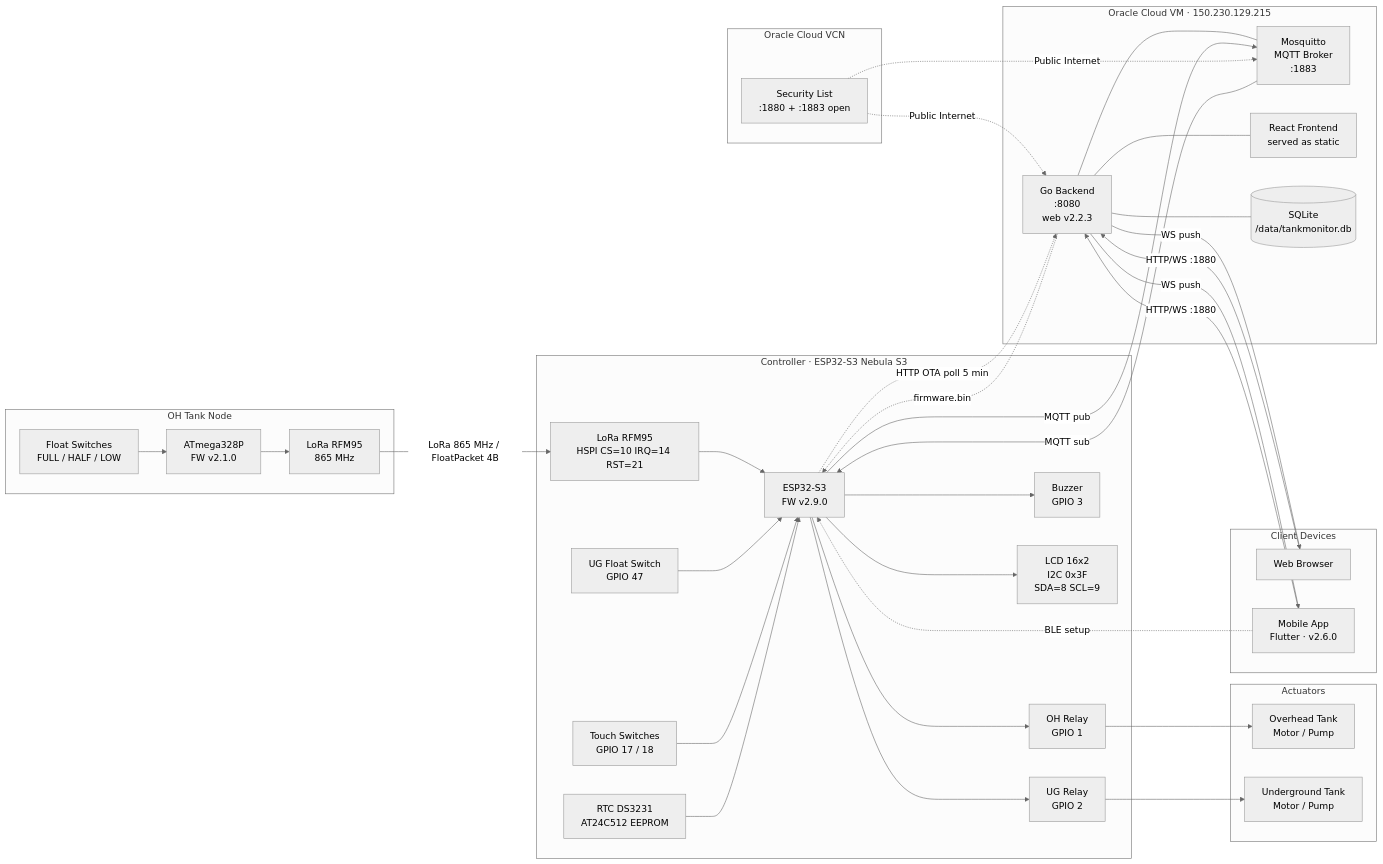
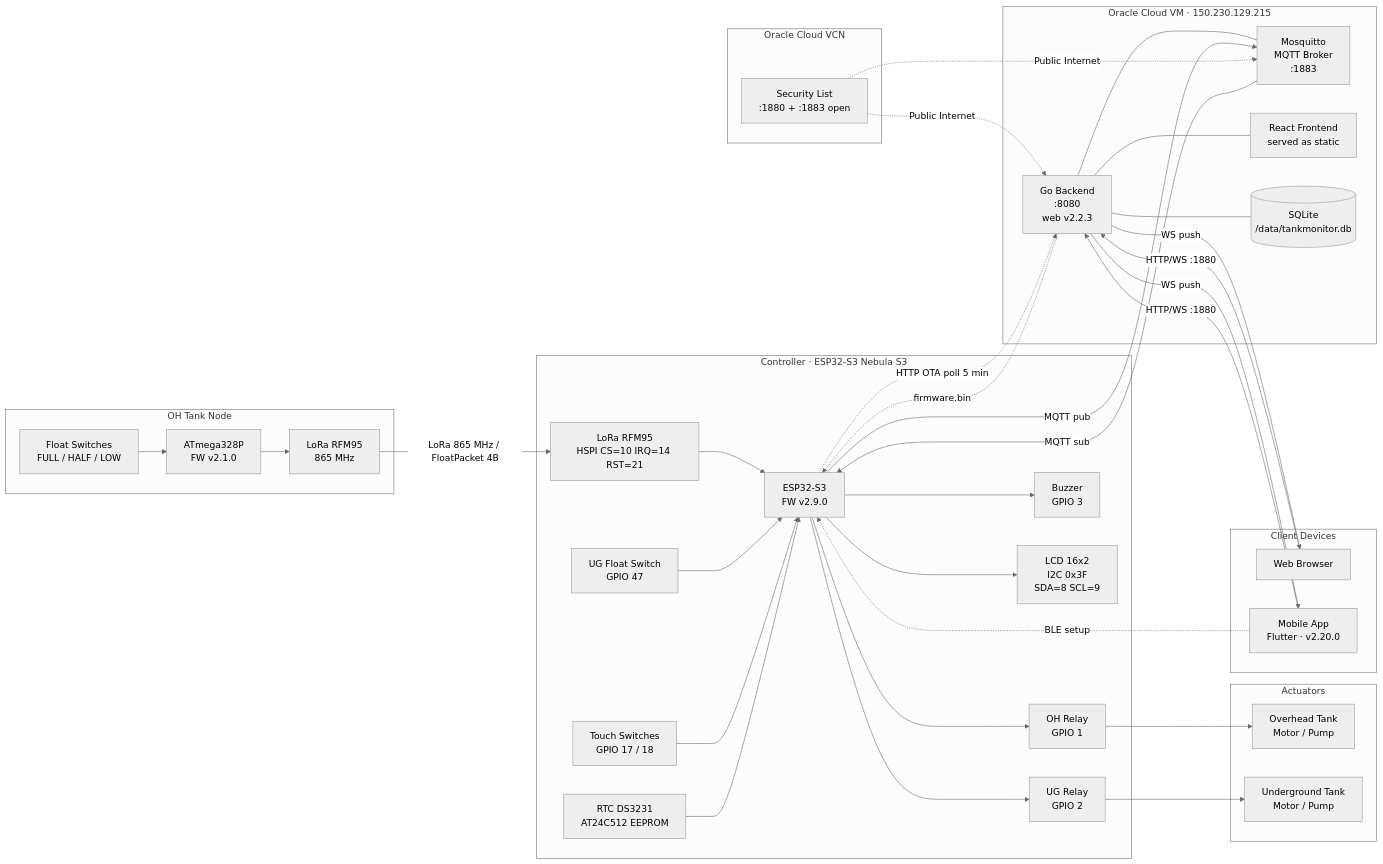
The second of 2 diagrams in README.md (nperiannan/TankMonitor), drawn with Mermaid (neutral theme) before and after one commit. The commit also changed other lines of this file and 5 other files, not shown here.

First line of the commit message:
MobileApp v2.20.0: History screen overhaul

````diff
--- a/README.md
+++ b/README.md
@@ -39,72 +39,72 @@
 ```mermaid
 flowchart LR
     subgraph OH_Node["OH Tank Node"]
         F_OH["Float Switches\nFULL / HALF / LOW"]
         TXmcu["ATmega328P\nFW v2.1.0"]
         TXlora["LoRa RFM95\n865 MHz"]
         F_OH --> TXmcu --> TXlora
     end
 
     subgraph ESP32["Controller · ESP32-S3 Nebula S3"]
         RXlora["LoRa RFM95\nHSPI CS=10 IRQ=14 RST=21"]
         F_UG["UG Float Switch\nGPIO 47"]
         TOUCH["Touch Switches\nGPIO 17 / 18"]
         MCU["ESP32-S3\nFW v2.9.0"]
         R_OH["OH Relay\nGPIO 1"]
         R_UG["UG Relay\nGPIO 2"]
         BUZ["Buzzer\nGPIO 3"]
         LCD["LCD 16x2\nI2C 0x3F\nSDA=8 SCL=9"]
         RTC["RTC DS3231\nAT24C512 EEPROM"]
 
         RXlora --> MCU
         F_UG --> MCU
         TOUCH --> MCU
         RTC --> MCU
         MCU --> R_OH
         MCU --> R_UG
         MCU --> BUZ
         MCU --> LCD
     end
 
     subgraph Actuators["Actuators"]
         OH_M["Overhead Tank\nMotor / Pump"]
         UG_M["Underground Tank\nMotor / Pump"]
     end
 
     subgraph OCI["Oracle Cloud VM · 150.230.129.215"]
         MQ["Mosquitto\nMQTT Broker\n:1883"]
         GO["Go Backend\n:8080\nweb v2.2.3"]
         STATIC["React Frontend\nserved as static"]
         DB[("SQLite\n/data/tankmonitor.db")]
         GO --- MQ
         GO --- DB
         GO --- STATIC
     end
 
     subgraph Cloud["Oracle Cloud VCN"]
         PF["Security List\n:1880 + :1883 open"]
     end
 
     subgraph Clients["Client Devices"]
         BROWSER["Web Browser"]
-        PHONE["Mobile App\nFlutter · v2.6.0"]
+        PHONE["Mobile App\nFlutter · v2.20.0"]
     end
 
     TXlora -->|"LoRa 865 MHz / FloatPacket 4B"| RXlora
     R_OH --> OH_M
     R_UG --> UG_M
 
     MCU -->|"MQTT pub"| MQ
     MQ -->|"MQTT sub"| MCU
     MCU -.->|"HTTP OTA poll 5 min"| GO
     GO -.->|"firmware.bin"| MCU
 
     BROWSER -->|"HTTP/WS :1880"| GO
     GO -->|"WS push"| BROWSER
     PHONE -->|"HTTP/WS :1880"| GO
     GO -->|"WS push"| PHONE
     PHONE -.->|"BLE setup"| MCU
 
     PF -.->|"Public Internet"| GO
     PF -.->|"Public Internet"| MQ
 ```
````
